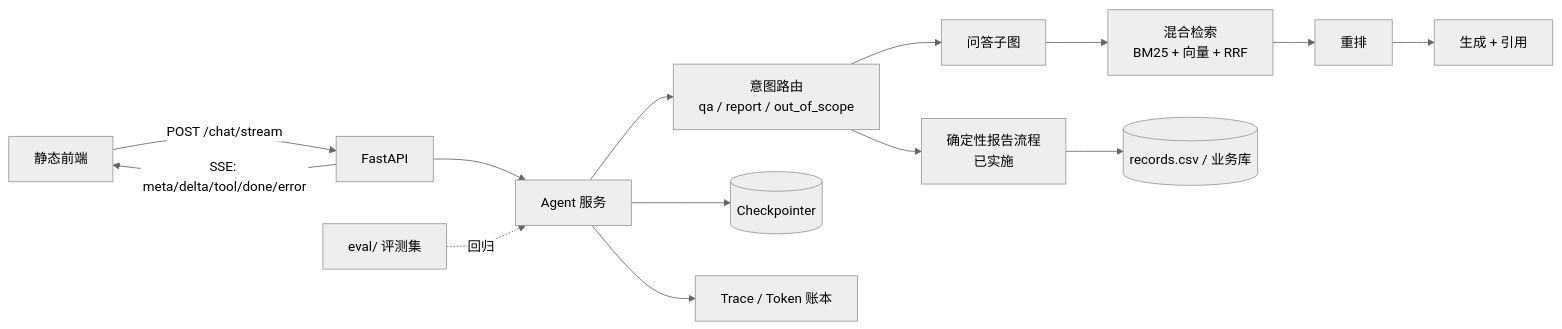
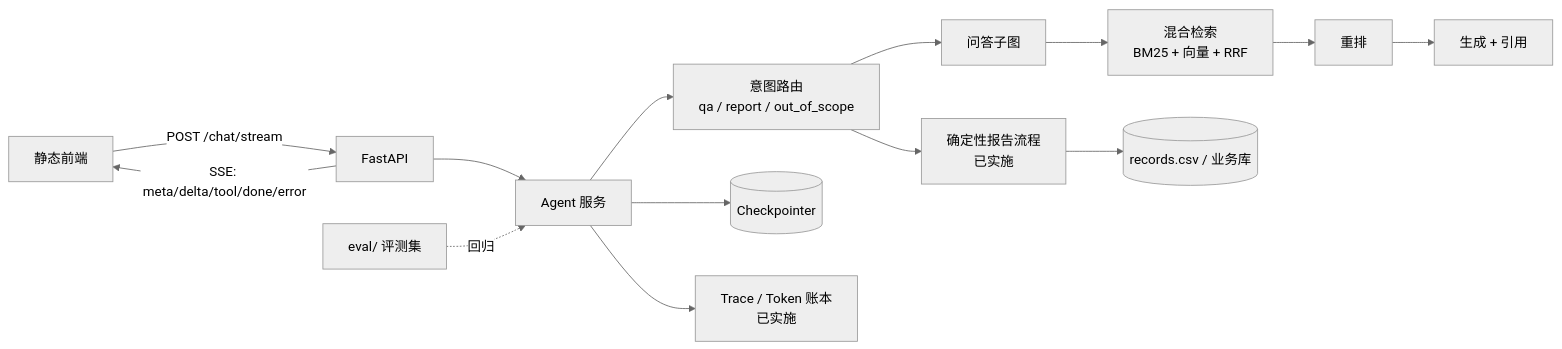
Before and after one commit to jadeji00/RAG_Service_Agent: the second of 2 diagrams in docs/design.md, drawn with Mermaid (neutral theme). The commit also changed other lines of this file and 6 other files, not shown here.

````diff
--- a/docs/design.md
+++ b/docs/design.md
@@ -43,16 +52,16 @@
 ```mermaid
 flowchart LR
     W[静态前端] -->|POST /chat/stream| F[FastAPI]
     F -->|SSE: meta/delta/tool/done/error| W
     F --> A[Agent 服务]
     A --> RT[意图路由<br/>qa / report / out_of_scope]
     RT --> QA[问答子图]
     RT --> RP[确定性报告流程<br/>已实施]
     QA --> HY[混合检索<br/>BM25 + 向量 + RRF]
     HY --> RR[重排]
     RR --> AN[生成 + 引用]
     RP --> DB[(records.csv / 业务库)]
     A --> CK[(Checkpointer)]
-    A --> TR[Trace / Token 账本]
+    A --> TR[Trace / Token 账本<br/>已实施]
     E[eval/ 评测集] -.回归.-> A
 ```
````
